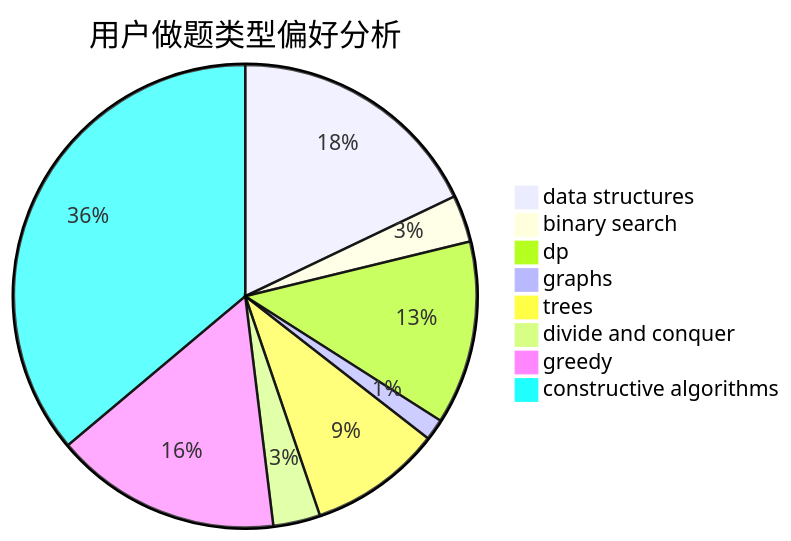
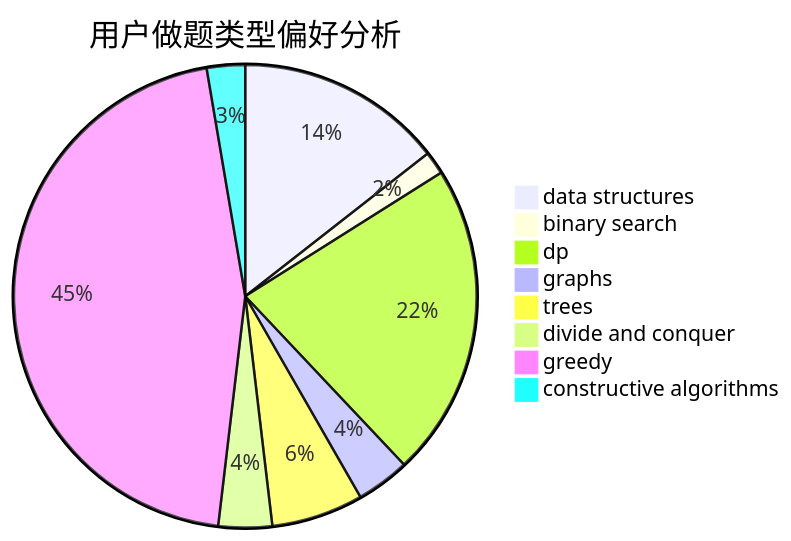
Before and after one commit to sherpahu/cfrs.github.io: the second of 3 diagrams in docs/user/u1479.md, drawn with Mermaid. The commit also changed other lines of this file and 2770 other files, not shown here.

````diff
--- a/docs/user/u1479.md
+++ b/docs/user/u1479.md
@@ -23,11 +23,11 @@
 ```mermaid
 pie title 用户做题类型偏好分析
-    "data structures" :  60
-    "binary search" :  11
-    "dp" :  43
-    "graphs" :  5
-    "trees" :  31
-    "divide and conquer" :  11
-    "greedy" :  53
-    "constructive algorithms" :  121
+    "data structures" :  27
+    "binary search" :  3
+    "dp" :  41
+    "graphs" :  7
+    "trees" :  12
+    "divide and conquer" :  7
+    "greedy" :  85
+    "constructive algorithms" :  5
 ```
````
